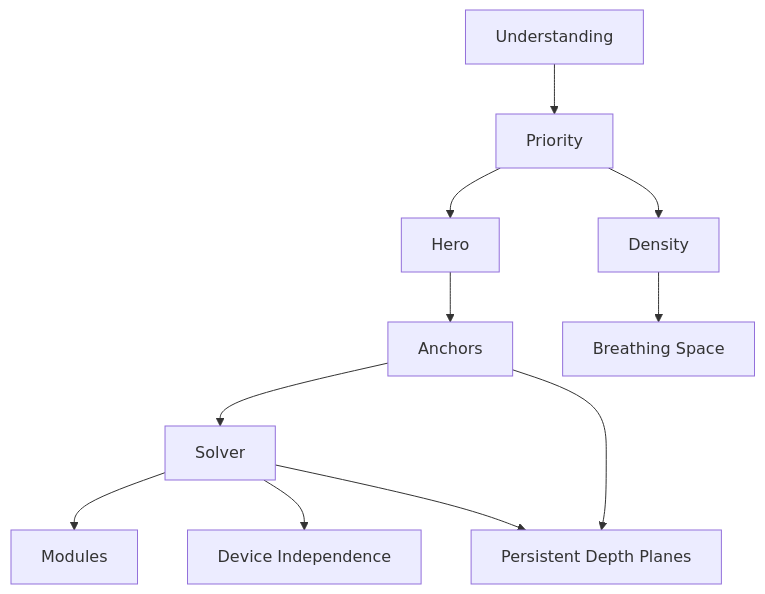
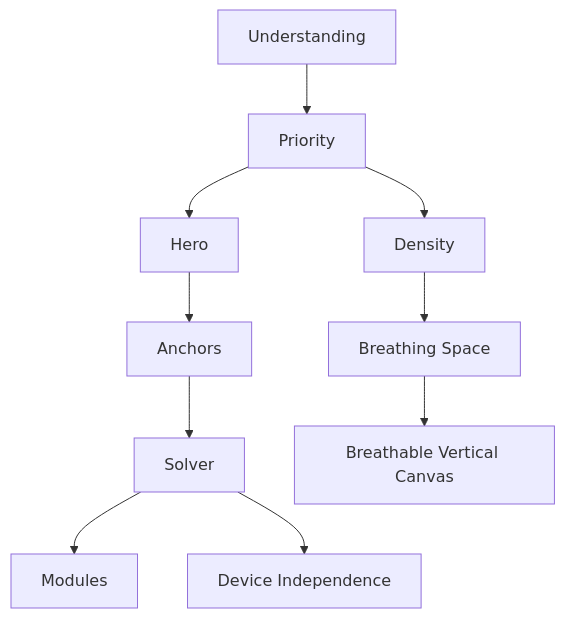
One commit to mosaic-media/mosaic-architecture changed the diagram in docs/design/language/mdl-005-composition-model/12-adrs.md. Above: the diagram before and after it, drawn with Mermaid. The commit also changed other lines of this file and 168 other files, not shown here.

Commit message:
docs: introduce roadmap and deferred proposal structure

````diff
--- a/docs/design/language/mdl-005-composition-model/12-adrs.md
+++ b/docs/design/language/mdl-005-composition-model/12-adrs.md
@@ -349,40 +347,39 @@
 ```mermaid
 flowchart TD
 
 ADR071["Understanding"]
 
 ADR072["Priority"]
 
 ADR073["Hero"]
 
 ADR074["Anchors"]
 
 ADR075["Density"]
 
 ADR076["Solver"]
 
 ADR077["Modules"]
 
 ADR078["Device Independence"]
 
 ADR079["Breathing Space"]
-ADR195["Persistent Depth Planes"]
+ADR200["Breathable Vertical Canvas"]
 
 ADR071 --> ADR072
 
 ADR072 --> ADR073
 
 ADR072 --> ADR075
 
 ADR073 --> ADR074
 
 ADR075 --> ADR079
 
 ADR074 --> ADR076
 
 ADR076 --> ADR077
 
 ADR076 --> ADR078
-ADR074 --> ADR195
-ADR076 --> ADR195
+ADR079 --> ADR200
 ```
````
